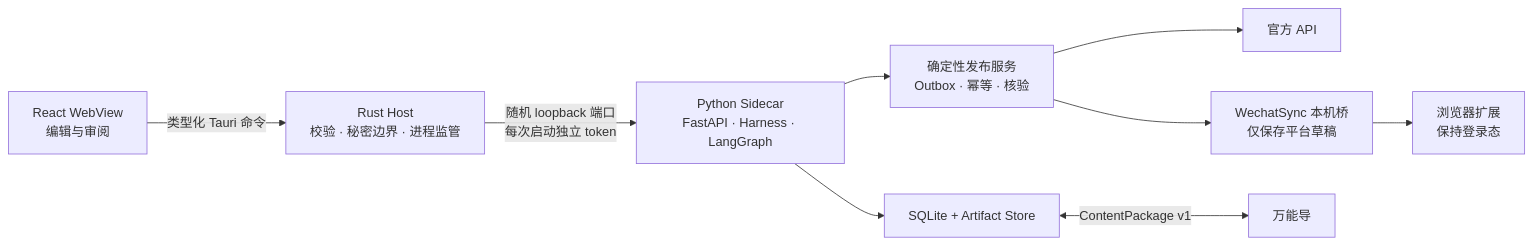
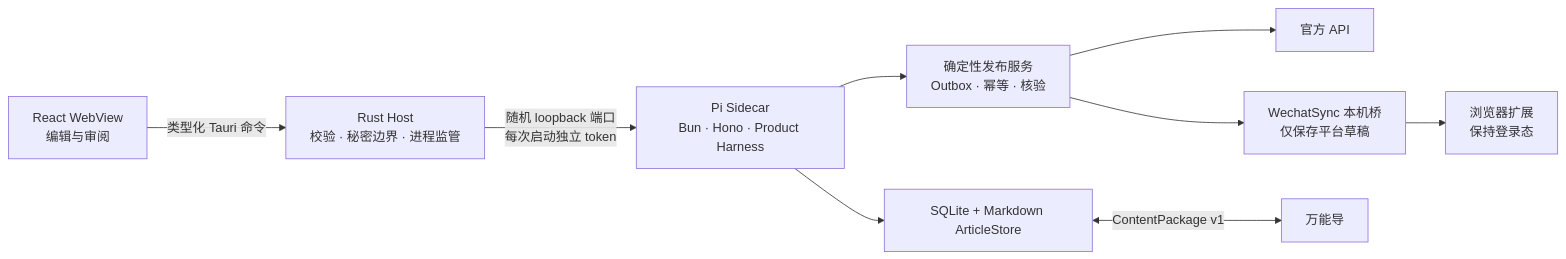
One commit to tllovesxs/open-publisher changed the diagram in README.md. Above: the diagram before and after it, drawn with Mermaid. The commit also changed other lines of this file and 232 other files, not shown here.

````diff
--- a/README.md
+++ b/README.md
@@ -45,11 +45,11 @@
 ```mermaid
 flowchart LR
     UI["React WebView<br/>编辑与审阅"] -->|"类型化 Tauri 命令"| Rust["Rust Host<br/>校验 · 秘密边界 · 进程监管"]
-    Rust -->|"随机 loopback 端口<br/>每次启动独立 token"| Py["Python Sidecar<br/>FastAPI · Harness · LangGraph"]
-    Py --> Store["SQLite + Artifact Store"]
-    Py --> Outbox["确定性发布服务<br/>Outbox · 幂等 · 核验"]
+    Rust -->|"随机 loopback 端口<br/>每次启动独立 token"| Runtime["Pi Sidecar<br/>Bun · Hono · Product Harness"]
+    Runtime --> Store["SQLite + Markdown ArticleStore"]
+    Runtime --> Outbox["确定性发布服务<br/>Outbox · 幂等 · 核验"]
     Outbox --> API["官方 API"]
     Outbox --> Bridge["WechatSync 本机桥<br/>仅保存平台草稿"]
     Bridge --> Ext["浏览器扩展<br/>保持登录态"]
     Store <-->|"ContentPackage v1"| Wandao["万能导"]
 ```
````
